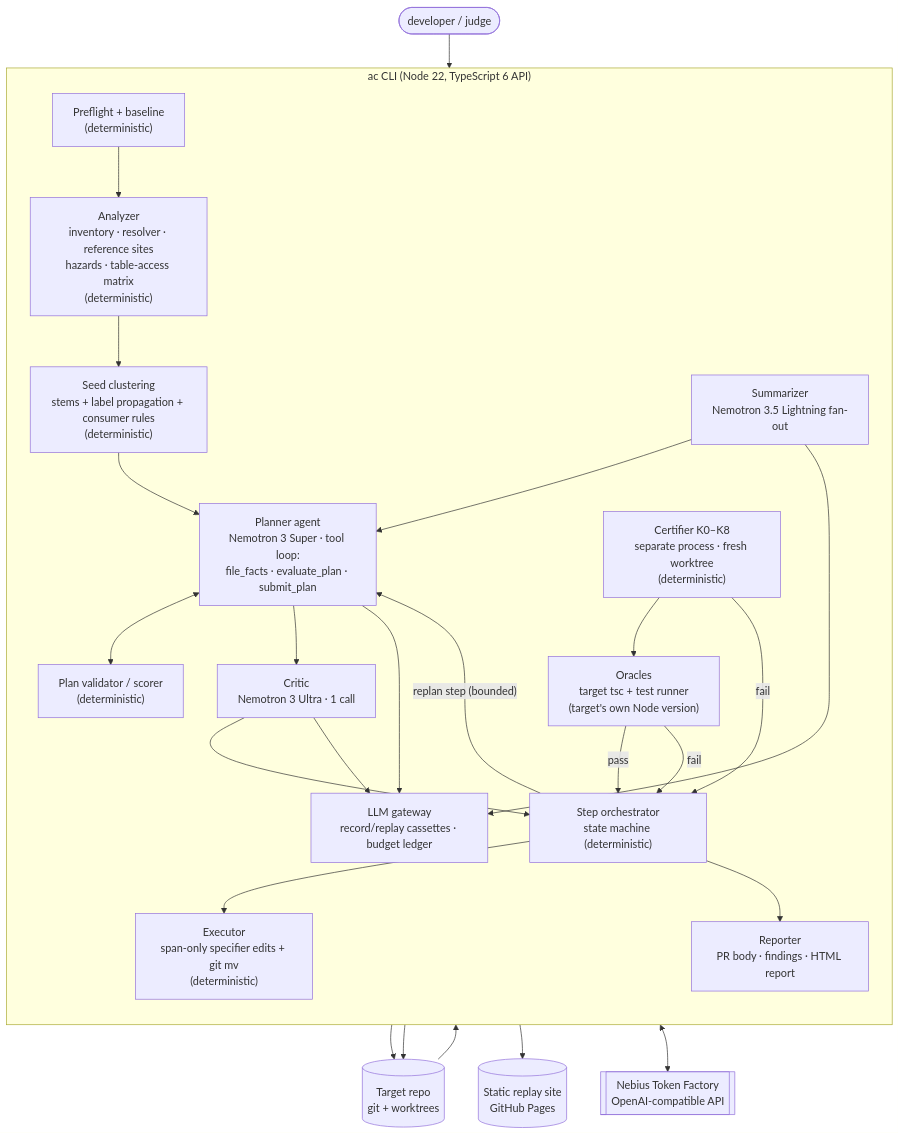
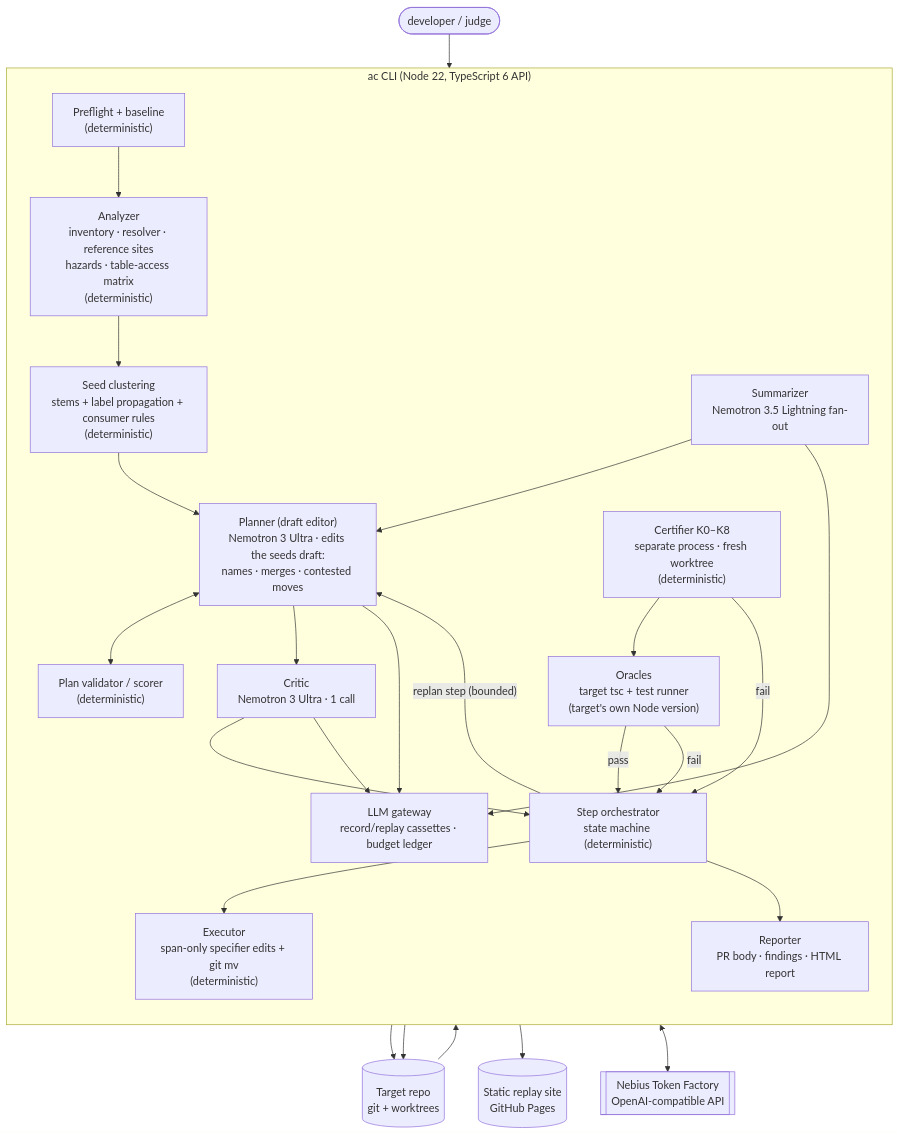
The diagram in docs/plan.md (corupta/architecture-cleaner), drawn with Mermaid before and after one commit. The commit also changed other lines of this file and 4 other files, not shown here.

````diff
--- a/docs/plan.md
+++ b/docs/plan.md
@@ -189,39 +189,39 @@
 ```mermaid
 flowchart TB
   user([developer / judge]) --> CLI
 
   subgraph CLI["ac CLI (Node 22, TypeScript 6 API)"]
     direction TB
     PRE["Preflight + baseline<br/>(deterministic)"]
     AN["Analyzer<br/>inventory · resolver · reference sites<br/>hazards · table-access matrix<br/>(deterministic)"]
     SEED["Seed clustering<br/>stems + label propagation + consumer rules<br/>(deterministic)"]
-    PLAN["Planner agent<br/>Nemotron 3 Super · tool loop:<br/>file_facts · evaluate_plan · submit_plan"]
+    PLAN["Planner (draft editor)<br/>Nemotron 3 Ultra · edits the seeds draft:<br/>names · merges · contested moves"]
     SUM["Summarizer<br/>Nemotron 3.5 Lightning fan-out"]
     CRIT["Critic<br/>Nemotron 3 Ultra · 1 call"]
     VAL["Plan validator / scorer<br/>(deterministic)"]
     ORCH["Step orchestrator<br/>state machine (deterministic)"]
     EX["Executor<br/>span-only specifier edits + git mv<br/>(deterministic)"]
     CERT["Certifier K0–K8<br/>separate process · fresh worktree<br/>(deterministic)"]
     ORA["Oracles<br/>target tsc + test runner<br/>(target's own Node version)"]
     REP["Reporter<br/>PR body · findings · HTML report"]
     GW["LLM gateway<br/>record/replay cassettes · budget ledger"]
   end
 
   TR[("Target repo<br/>git + worktrees")]
   TF[["Nebius Token Factory<br/>OpenAI-compatible API"]]
   SITE[("Static replay site<br/>GitHub Pages")]
 
   PRE --> AN --> SEED --> PLAN
   SUM --> PLAN
   PLAN <--> VAL
   PLAN --> CRIT --> ORCH
   ORCH --> EX --> TR
   TR --> CERT --> ORA
   ORA -- pass --> ORCH
   CERT -- fail --> ORCH
   ORA -- fail --> ORCH
   ORCH -- "replan step (bounded)" --> PLAN
   ORCH --> REP --> SITE
   PLAN & SUM & CRIT --> GW <--> TF
   AN --> TR
 ```
````
